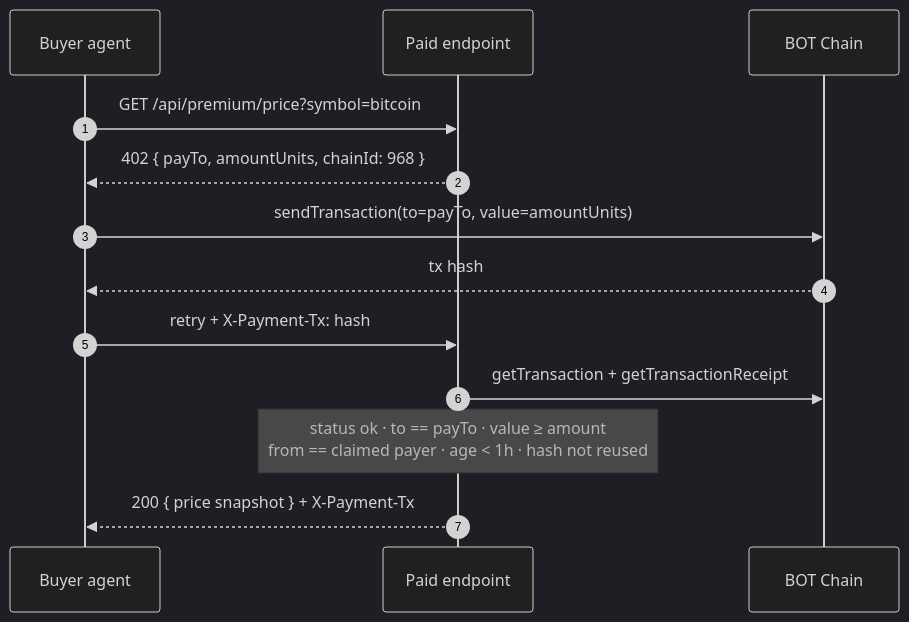
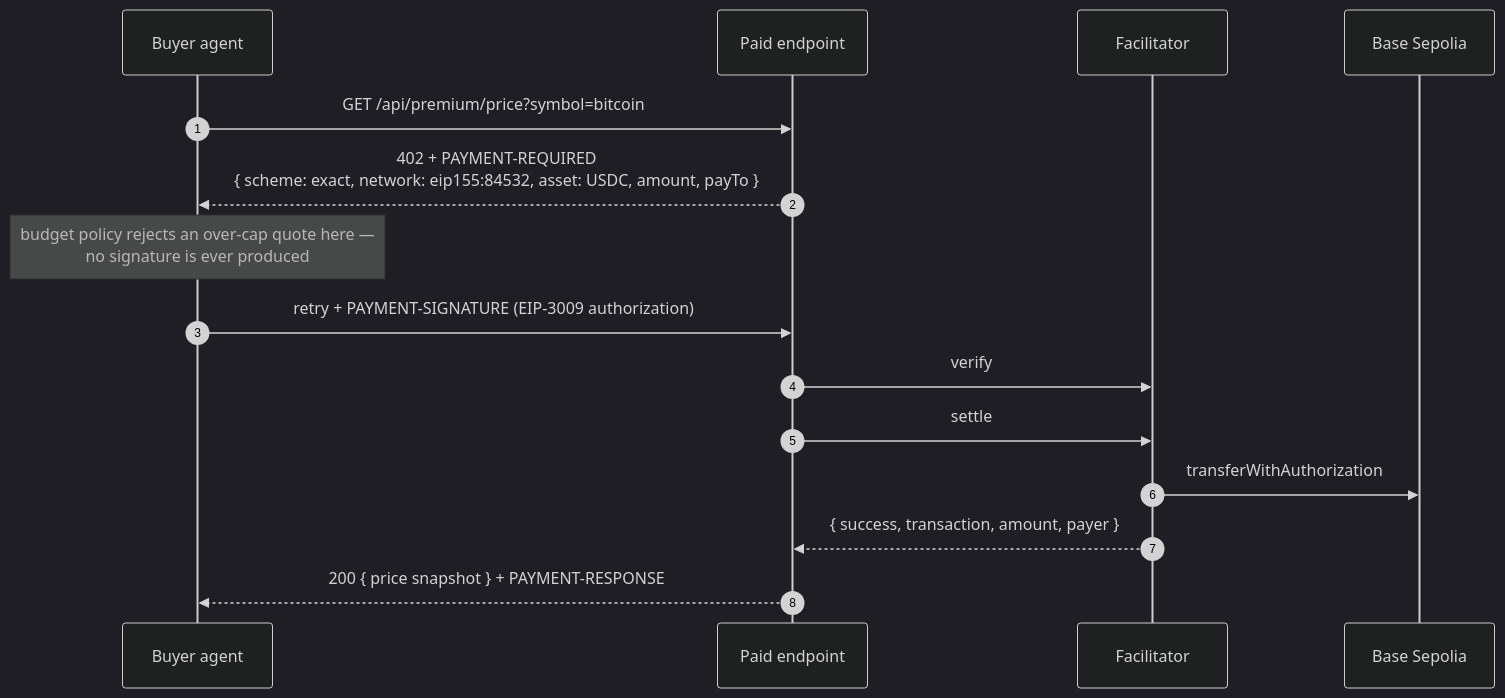
One commit to enliven17/mimir-base changed the ninth of 11 diagrams in README.md. Above: the diagram before and after it, drawn with Mermaid (dark theme). The commit also changed other lines of this file and 3 other files, not shown here.

First line of the commit message:
docs(readme): Base/USDC/x402 rewrite; fix build under the new stack

````diff
--- a/README.md
+++ b/README.md
@@ -380,16 +397,18 @@
 ```mermaid
 sequenceDiagram
     autonumber
     participant Buyer as Buyer agent
     participant API as Paid endpoint
-    participant Chain as BOT Chain
+    participant Fac as Facilitator
+    participant Chain as Base Sepolia
 
     Buyer->>API: GET /api/premium/price?symbol=bitcoin
-    API-->>Buyer: 402 { payTo, amountUnits, chainId: 968 }
-    Buyer->>Chain: sendTransaction(to=payTo, value=amountUnits)
-    Chain-->>Buyer: tx hash
-    Buyer->>API: retry + X-Payment-Tx: hash
-    API->>Chain: getTransaction + getTransactionReceipt
-    Note over API: status ok · to == payTo · value ≥ amount<br/>from == claimed payer · age < 1h · hash not reused
-    API-->>Buyer: 200 { price snapshot } + X-Payment-Tx
+    API-->>Buyer: 402 + PAYMENT-REQUIRED<br/>{ scheme: exact, network: eip155:84532, asset: USDC, amount, payTo }
+    Note over Buyer: budget policy rejects an over-cap quote here —<br/>no signature is ever produced
+    Buyer->>API: retry + PAYMENT-SIGNATURE (EIP-3009 authorization)
+    API->>Fac: verify
+    API->>Fac: settle
+    Fac->>Chain: transferWithAuthorization
+    Fac-->>API: { success, transaction, amount, payer }
+    API-->>Buyer: 200 { price snapshot } + PAYMENT-RESPONSE
 ```
````
